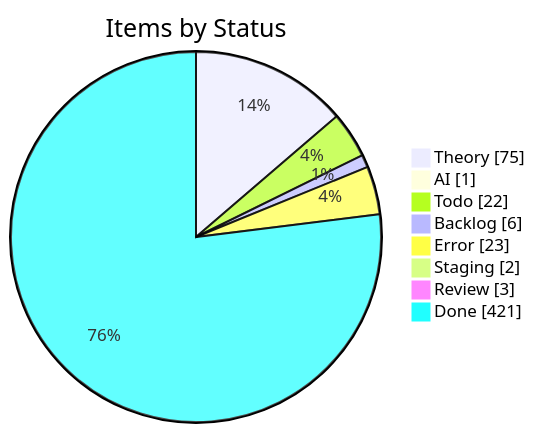
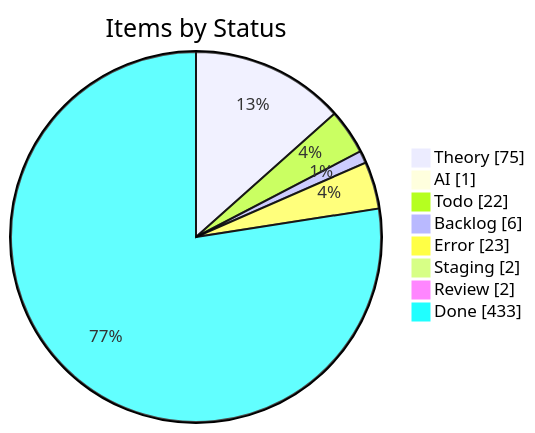
The first of 4 diagrams in apps/kbve/astro-kbve/src/content/docs/dashboard/kanban-data.mdx (KBVE/kbve), drawn with Mermaid before and after one commit. The commit also changed other lines of this file and 2 other files, not shown here.

````diff
--- a/apps/kbve/astro-kbve/src/content/docs/dashboard/kanban-data.mdx
+++ b/apps/kbve/astro-kbve/src/content/docs/dashboard/kanban-data.mdx
@@ -189,12 +189,12 @@
 ```mermaid
 pie showData
     title Items by Status
     "Theory" : 75
     "AI" : 1
     "Todo" : 22
     "Backlog" : 6
     "Error" : 23
     "Staging" : 2
-    "Review" : 3
-    "Done" : 421
+    "Review" : 2
+    "Done" : 433
 ```
````
